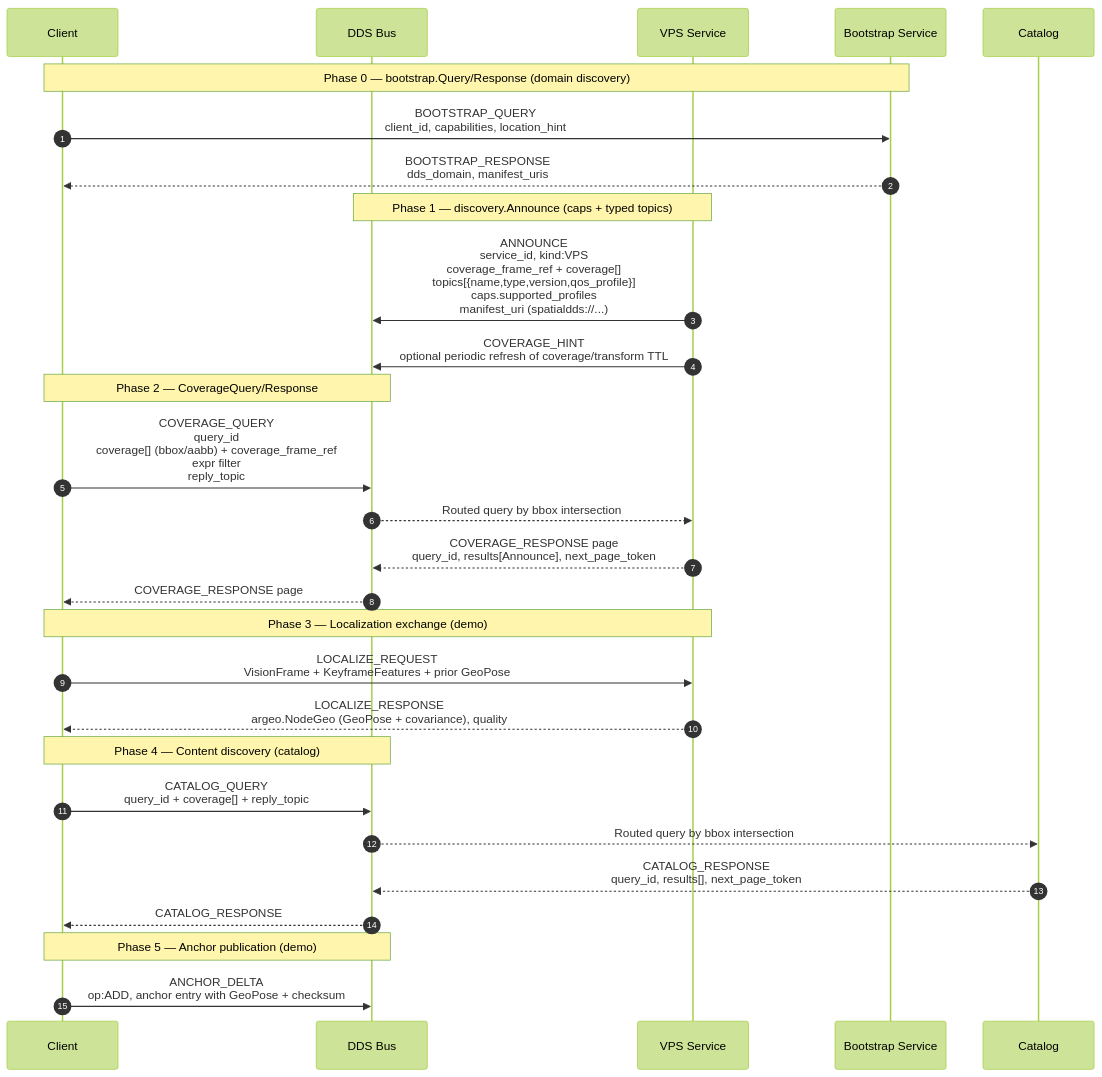
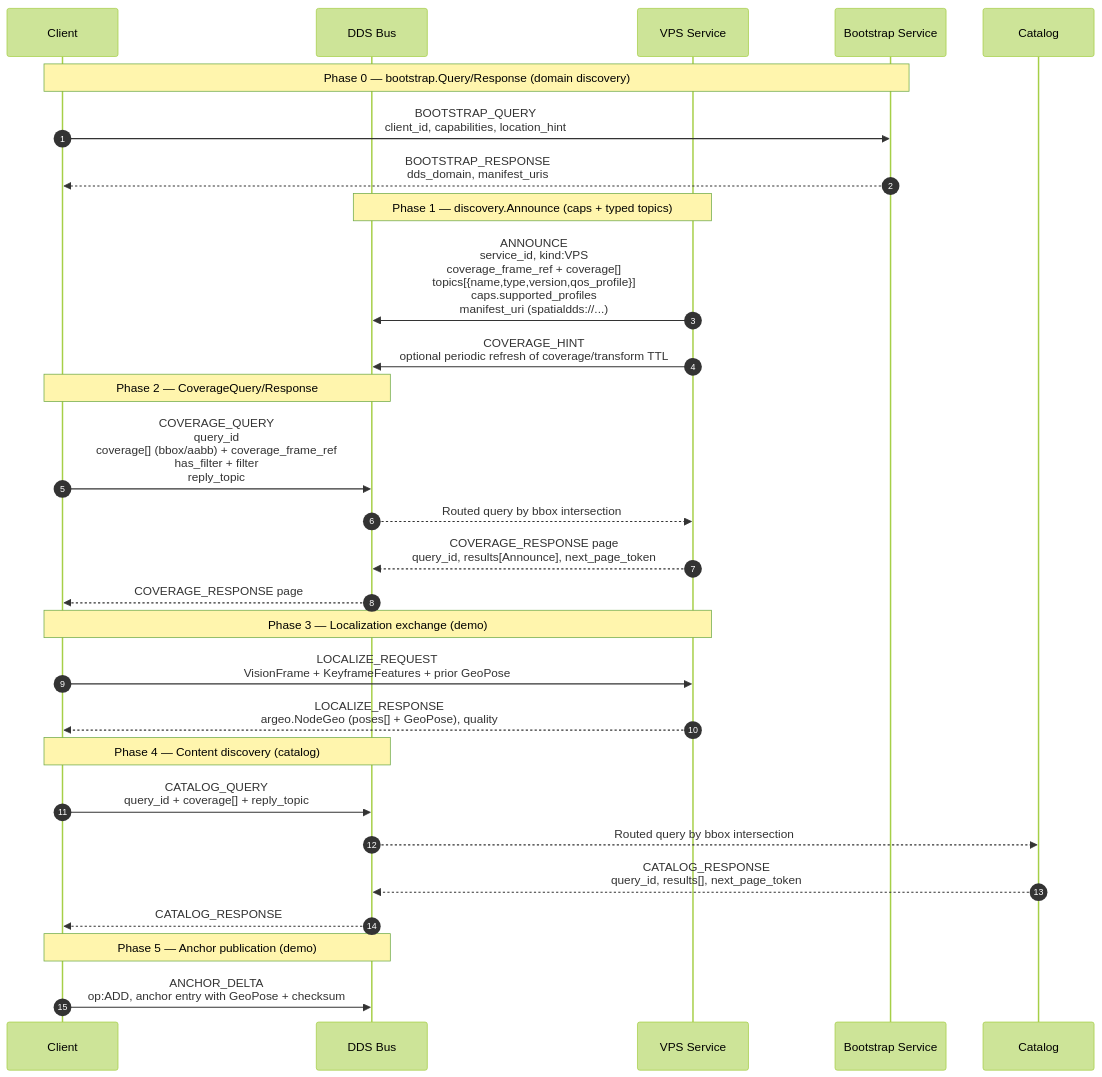
The diagram in README.md (OpenArCloud/SpatialDDS-demo), drawn with Mermaid (forest theme) before and after one commit. The commit also changed other lines of this file and 41 other files, not shown here.

````diff
--- a/README.md
+++ b/README.md
@@ -43,35 +43,35 @@
 ```mermaid
 sequenceDiagram
     autonumber
     participant Client
     participant DDS as DDS Bus
     participant VPS as VPS Service
     participant Bootstrap as Bootstrap Service
 
     Note over Client,Bootstrap: Phase 0 — bootstrap.Query/Response (domain discovery)
     Client->>Bootstrap: BOOTSTRAP_QUERY<br/>client_id, capabilities, location_hint
     Bootstrap-->>Client: BOOTSTRAP_RESPONSE<br/>dds_domain, manifest_uris
 
     Note over VPS,DDS: Phase 1 — discovery.Announce (caps + typed topics)
     VPS->>DDS: ANNOUNCE<br/>service_id, kind:VPS<br/>coverage_frame_ref + coverage[]<br/>topics[{name,type,version,qos_profile}]<br/>caps.supported_profiles<br/>manifest_uri (spatialdds://...)
     VPS->>DDS: COVERAGE_HINT<br/>optional periodic refresh of coverage/transform TTL
 
     Note over Client,DDS: Phase 2 — CoverageQuery/Response
-    Client->>DDS: COVERAGE_QUERY<br/>query_id<br/>coverage[] (bbox/aabb) + coverage_frame_ref<br/>expr filter<br/>reply_topic
+    Client->>DDS: COVERAGE_QUERY<br/>query_id<br/>coverage[] (bbox/aabb) + coverage_frame_ref<br/>has_filter + filter<br/>reply_topic
     DDS-->>VPS: Routed query by bbox intersection
     VPS-->>DDS: COVERAGE_RESPONSE page<br/>query_id, results[Announce], next_page_token
     DDS-->>Client: COVERAGE_RESPONSE page
 
     Note over Client,VPS: Phase 3 — Localization exchange (demo)
     Client->>VPS: LOCALIZE_REQUEST<br/>VisionFrame + KeyframeFeatures + prior GeoPose
-    VPS-->>Client: LOCALIZE_RESPONSE<br/>argeo.NodeGeo (GeoPose + covariance), quality
+    VPS-->>Client: LOCALIZE_RESPONSE<br/>argeo.NodeGeo (poses[] + GeoPose), quality
 
     Note over Client,DDS: Phase 4 — Content discovery (catalog)
     Client->>DDS: CATALOG_QUERY<br/>query_id + coverage[] + reply_topic
     DDS-->>Catalog: Routed query by bbox intersection
     Catalog-->>DDS: CATALOG_RESPONSE<br/>query_id, results[], next_page_token
     DDS-->>Client: CATALOG_RESPONSE
 
     Note over Client,DDS: Phase 5 — Anchor publication (demo)
     Client->>DDS: ANCHOR_DELTA<br/>op:ADD, anchor entry with GeoPose + checksum
 ```
````
